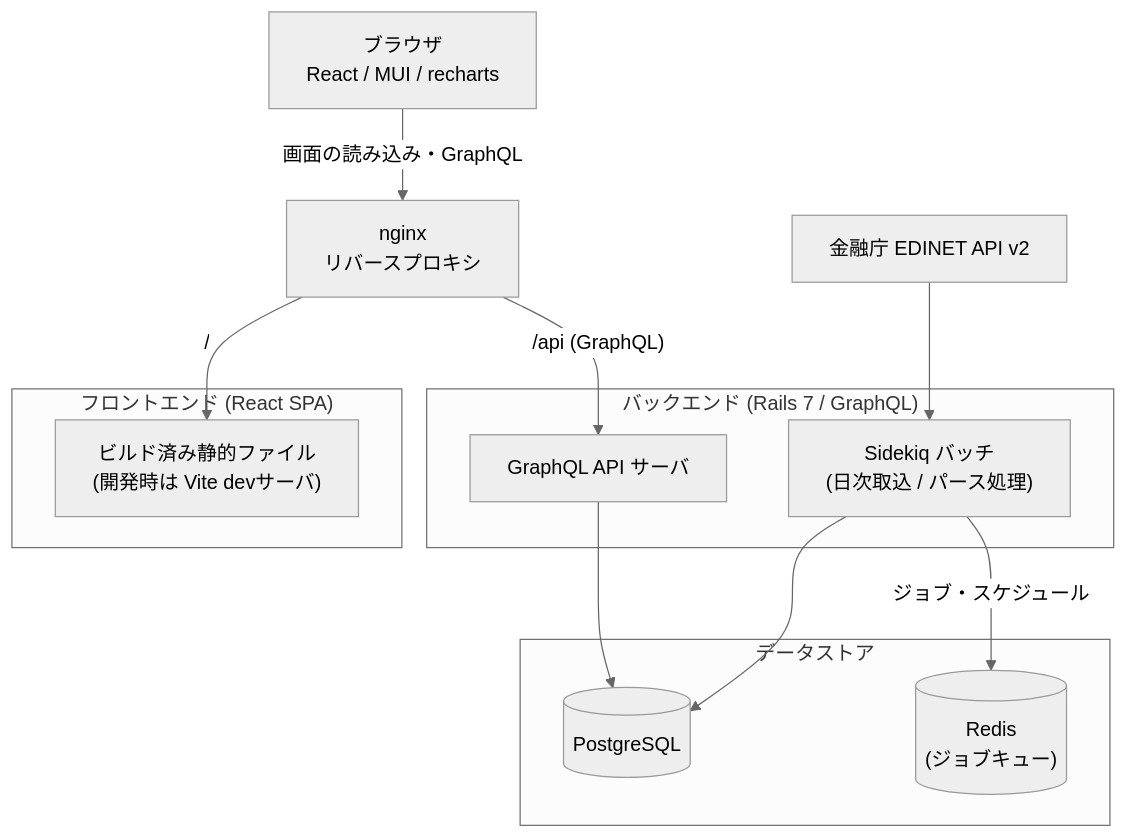
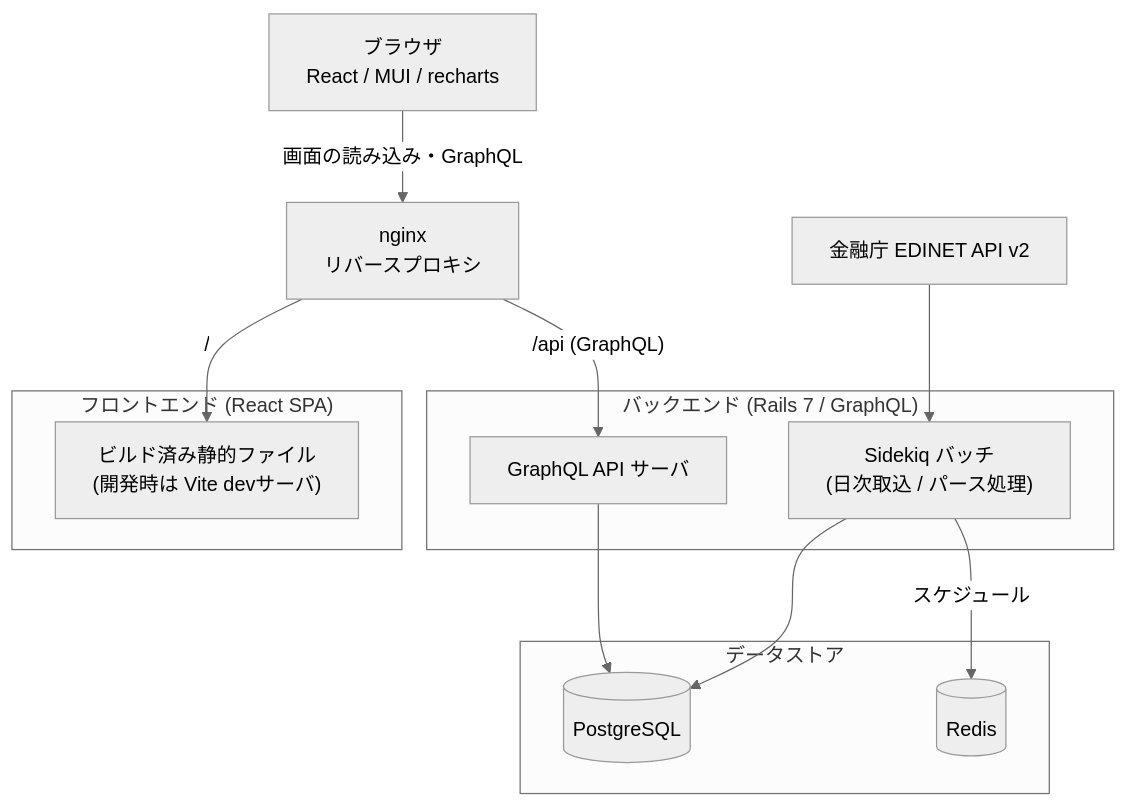
The diagram in README.md (shin4488/financial-statement), drawn with Mermaid (neutral theme) before and after one commit. The commit also changed other lines of this file and 4 other files, not shown here.

````diff
--- a/README.md
+++ b/README.md
@@ -21,25 +21,25 @@
 ```mermaid
 flowchart TD
     Browser["ブラウザ<br>React / MUI / recharts"] -->|"画面の読み込み・GraphQL"| Nginx["nginx<br>リバースプロキシ"]
 
     subgraph Frontend["フロントエンド (React SPA)"]
         Static["ビルド済み静的ファイル<br>(開発時は Vite devサーバ)"]
     end
 
     subgraph Backend["バックエンド (Rails 7 / GraphQL)"]
         API["GraphQL API サーバ"]
         Batch["Sidekiq バッチ<br>(日次取込 / パース処理)"]
     end
 
     subgraph Storage["データストア"]
         PG[("PostgreSQL")]
-        Redis[("Redis<br>(ジョブキュー)")]
+        Redis[("Redis")]
     end
 
     EDINET["金融庁 EDINET API v2"] --> Batch
     Nginx -->|"/"| Static
     Nginx -->|"/api (GraphQL)"| API
     API --> PG
     Batch --> PG
-    Batch -->|"ジョブ・スケジュール"| Redis
+    Batch -->|"スケジュール"| Redis
 ```
````
